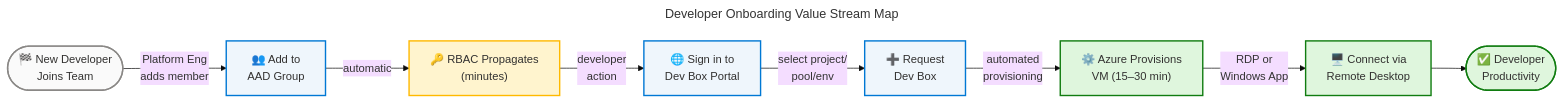
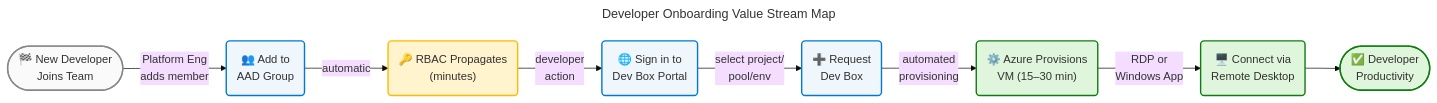
One commit to Evilazaro/DevExp-DevBox changed the third of 6 diagrams in docs/architecture/business-architecture.md. Above: the diagram before and after it, drawn with Mermaid. The commit also changed other lines of this file, not shown here.

Commit message:
refactor: update flowchart syntax for improved readability in business architecture documentation

````diff
--- a/docs/architecture/business-architecture.md
+++ b/docs/architecture/business-architecture.md
@@ -423,49 +423,49 @@
 ```mermaid
 ---
 title: "Developer Onboarding Value Stream Map"
 config:
   theme: base
   look: classic
   layout: dagre
   themeVariables:
     fontSize: '16px'
   flowchart:
     htmlLabels: true
 ---
 flowchart LR
     accTitle: Developer Onboarding Value Stream Map
     accDescr: End-to-end value stream from Azure AD group assignment through first productive developer session, with process steps, actors, and lead times annotated
 
     %% ═══════════════════════════════════════════════════════════════════════════
     %% AZURE / FLUENT ARCHITECTURE PATTERN v1.1
     %% (Semantic + Structural + Font + Accessibility Governance)
     %% ═══════════════════════════════════════════════════════════════════════════
     %% PHASE 1 - FLUENT UI: All styling uses approved Fluent UI palette only
     %% PHASE 2 - GROUPS: Every subgraph has semantic color via style directive
     %% PHASE 3 - COMPONENTS: Every node has semantic classDef + icon prefix
     %% PHASE 4 - ACCESSIBILITY: accTitle/accDescr present, WCAG AA contrast
     %% PHASE 5 - STANDARD: Governance block present, classDefs centralized
     %% ═══════════════════════════════════════════════════════════════════════════
 
     VS_START(["🏁 New Developer\nJoins Team"]):::neutral
-    VS_GRP["👥 Add to\nAAD Group"]:::core
-    VS_RBAC["🔑 RBAC Propagates\n(minutes)"]:::warning
-    VS_LOGIN["🌐 Sign in to\nDev Box Portal"]:::core
-    VS_REQ["➕ Request\nDev Box"]:::core
-    VS_PROV["⚙️ Azure Provisions\nVM (15–30 min)"]:::success
-    VS_CONN["🖥️ Connect via\nRemote Desktop"]:::success
+    VS_GRP("👥 Add to\nAAD Group"):::core
+    VS_RBAC("🔑 RBAC Propagates\n(minutes)"):::warning
+    VS_LOGIN("🌐 Sign in to\nDev Box Portal"):::core
+    VS_REQ("➕ Request\nDev Box"):::core
+    VS_PROV("⚙️ Azure Provisions\nVM (15–30 min)"):::success
+    VS_CONN("🖥️ Connect via\nRemote Desktop"):::success
     VS_END(["✅ Developer\nProductivity"]):::success
 
     VS_START -->|"Platform Eng\nadds member"| VS_GRP
     VS_GRP -->|"automatic"| VS_RBAC
     VS_RBAC -->|"developer\naction"| VS_LOGIN
     VS_LOGIN -->|"select project/\npool/env"| VS_REQ
     VS_REQ -->|"automated\nprovisioning"| VS_PROV
     VS_PROV -->|"RDP or\nWindows App"| VS_CONN
     VS_CONN --> VS_END
 
     classDef neutral  fill:#FAFAFA,stroke:#8A8886,stroke-width:2px,color:#323130
     classDef core     fill:#EFF6FC,stroke:#0078D4,stroke-width:2px,color:#323130
     classDef success  fill:#DFF6DD,stroke:#107C10,stroke-width:2px,color:#323130
     classDef warning  fill:#FFF4CE,stroke:#FFB900,stroke-width:2px,color:#323130
 ```
````
